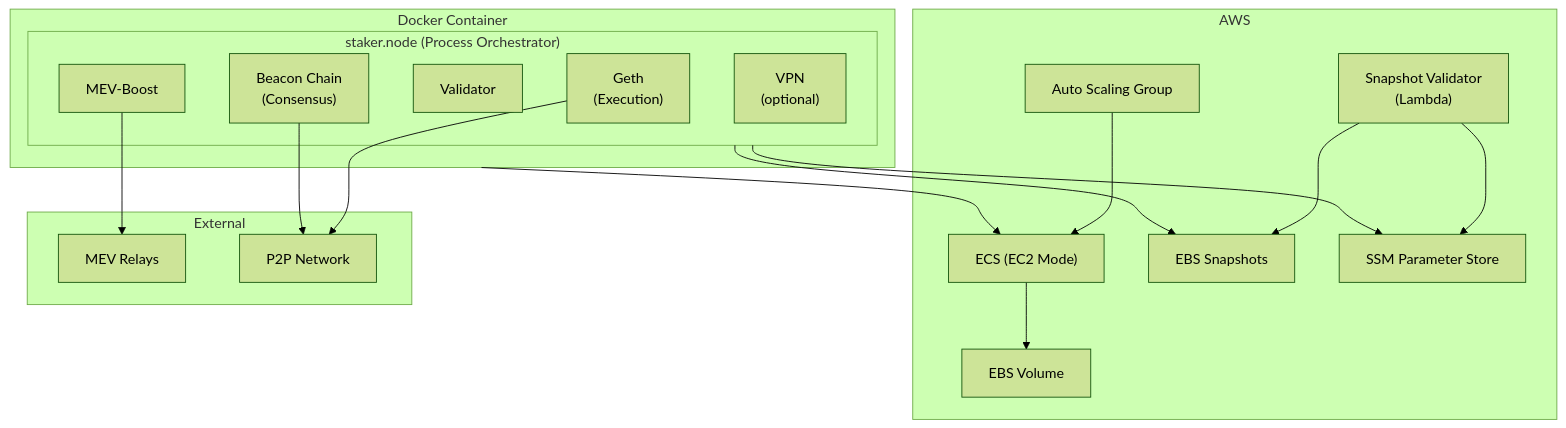
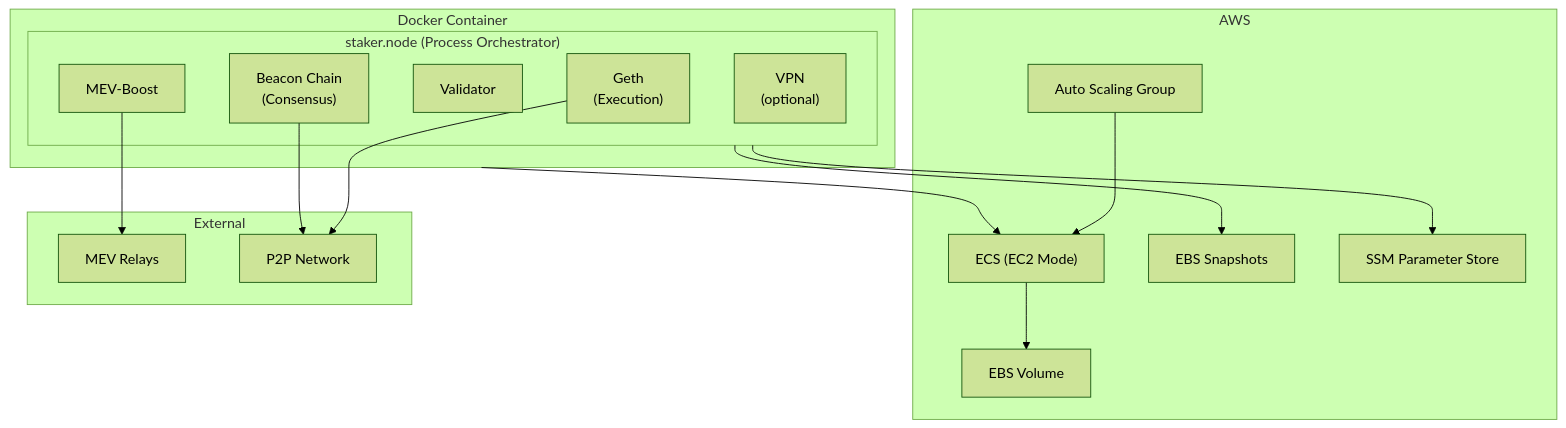
Before and after one commit to alkalescent/ethereum: the diagram in README.md, drawn with Mermaid (forest theme). The commit also changed 25 other files, not shown here.

````diff
--- a/README.md
+++ b/README.md
@@ -11,37 +11,34 @@
 ```mermaid
 graph TB
     subgraph Docker["Docker Container"]
         subgraph Node["staker.node (Process Orchestrator)"]
             Geth["Geth<br/>(Execution)"]
             Beacon["Beacon Chain<br/>(Consensus)"]
             Validator["Validator"]
             MEV["MEV-Boost"]
             VPN["VPN<br/>(optional)"]
         end
     end
     
     subgraph AWS["AWS"]
         ECS["ECS (EC2 Mode)"]
         EBS["EBS Volume"]
         Snapshot["EBS Snapshots"]
         SSM["SSM Parameter Store"]
-        Lambda["Snapshot Validator<br/>(Lambda)"]
         ASG["Auto Scaling Group"]
     end
     
     subgraph External["External"]
         Relays["MEV Relays"]
         Peers["P2P Network"]
     end
     
     Docker --> ECS
     ECS --> EBS
     Node --> Snapshot
     Node --> SSM
-    Lambda --> SSM
-    Lambda --> Snapshot
     MEV --> Relays
     Geth --> Peers
     Beacon --> Peers
     ASG --> ECS
 ```
````
